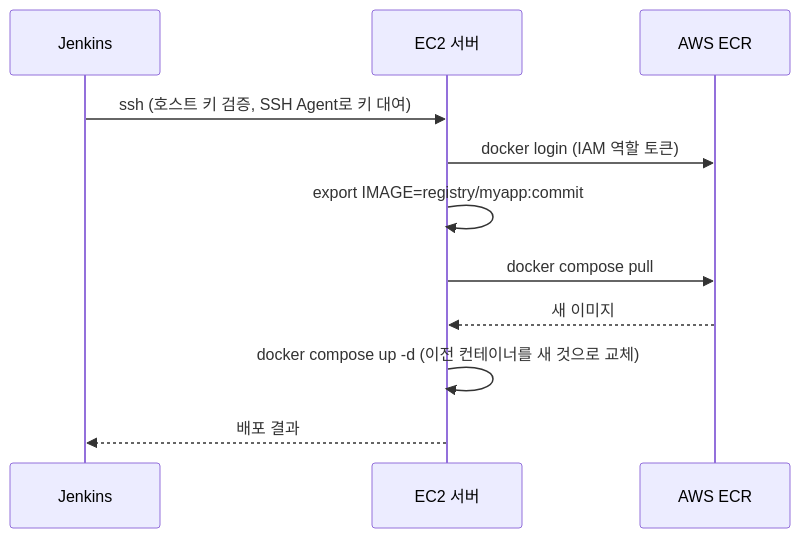
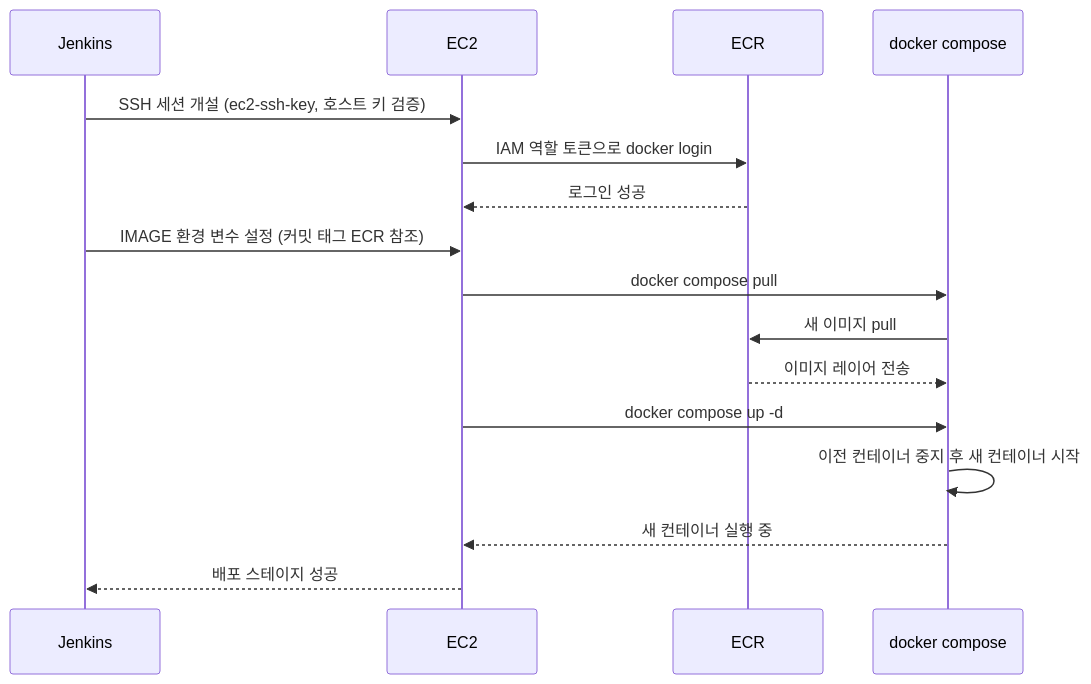
One commit to maroowe-wan/maroowe-wan.github.io changed the diagram in courses/devops-pipeline-ec2/lectures/07_ec2-auto-deploy/content.md. Above: the diagram before and after it, drawn with Mermaid. The commit also changed other lines of this file and 202 other files, not shown here.

````diff
--- a/courses/devops-pipeline-ec2/lectures/07_ec2-auto-deploy/content.md
+++ b/courses/devops-pipeline-ec2/lectures/07_ec2-auto-deploy/content.md
@@ -94,13 +88,18 @@
-```mermaid 배포 스테이지 — Jenkins가 EC2 위에서 SSH로 실행하는 명령들
+```mermaid Jenkins→EC2 SSH 배포 시퀀스
 sequenceDiagram
-    participant Jenkins as Jenkins
-    participant EC2 as EC2 서버
-    participant ECR as AWS ECR
-    Jenkins->>EC2: ssh (호스트 키 검증, SSH Agent로 키 대여)
-    EC2->>ECR: docker login (IAM 역할 토큰)
-    EC2->>EC2: export IMAGE=registry/myapp:commit
-    EC2->>ECR: docker compose pull
-    ECR-->>EC2: 새 이미지
-    EC2->>EC2: docker compose up -d (이전 컨테이너를 새 것으로 교체)
-    EC2-->>Jenkins: 배포 결과
+    participant J as Jenkins
+    participant E as EC2
+    participant R as ECR
+    participant C as docker compose
+    J->>E: SSH 세션 개설 (ec2-ssh-key, 호스트 키 검증)
+    E->>R: IAM 역할 토큰으로 docker login
+    R-->>E: 로그인 성공
+    J->>E: IMAGE 환경 변수 설정 (커밋 태그 ECR 참조)
+    E->>C: docker compose pull
+    C->>R: 새 이미지 pull
+    R-->>C: 이미지 레이어 전송
+    E->>C: docker compose up -d
+    C->>C: 이전 컨테이너 중지 후 새 컨테이너 시작
+    C-->>E: 새 컨테이너 실행 중
+    E-->>J: 배포 스테이지 성공
 ```
````
